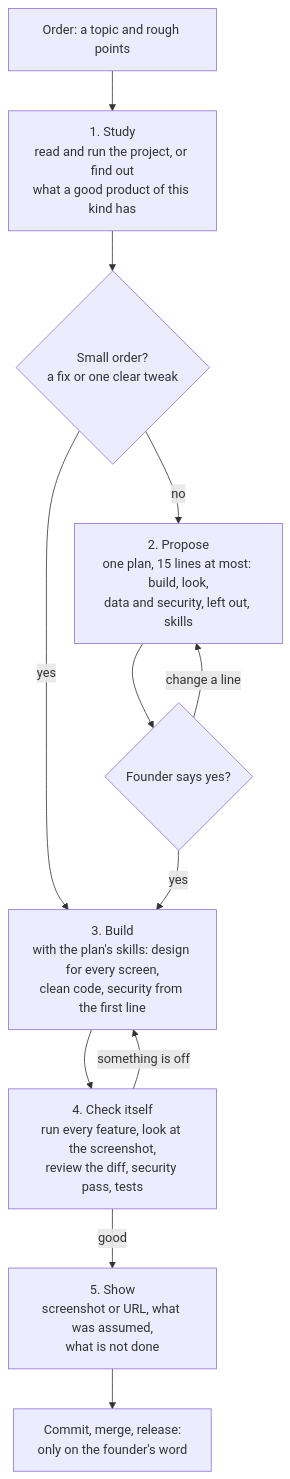
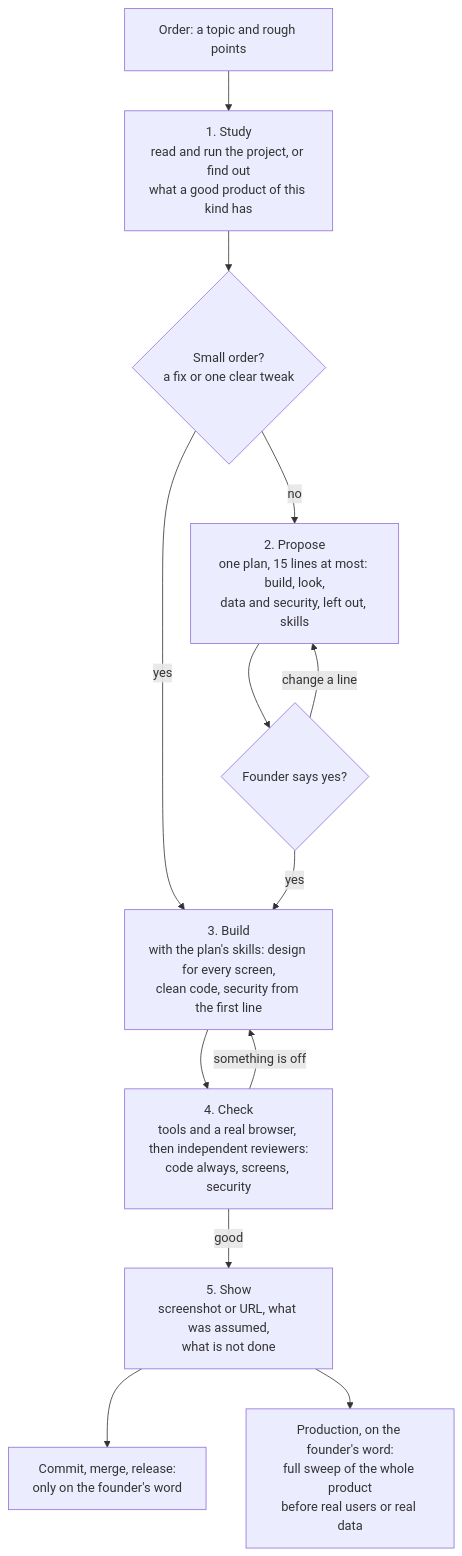
One commit to LeongJinZhou/ai-company changed the second of 3 diagrams in README.md. Above: the diagram before and after it, drawn with Mermaid. The commit also changed other lines of this file and 7 other files, not shown here.

First line of the commit message:
feat: two strong modes - independent review on every change, production sweep (#24)

````diff
--- a/README.md
+++ b/README.md
@@ -22,14 +22,15 @@
 ```mermaid
 flowchart TD
     A["Order: a topic and rough points"] --> B["1. Study<br>read and run the project, or find out<br>what a good product of this kind has"]
     B --> S{"Small order?<br>a fix or one clear tweak"}
     S -- yes --> D
     S -- no --> C["2. Propose<br>one plan, 15 lines at most: build, look,<br>data and security, left out, skills"]
     C --> Y{"Founder says yes?"}
     Y -- "change a line" --> C
     Y -- yes --> D["3. Build<br>with the plan's skills: design for every screen,<br>clean code, security from the first line"]
-    D --> E["4. Check itself<br>run every feature, look at the screenshot,<br>review the diff, security pass, tests"]
+    D --> E["4. Check<br>tools and a real browser, then independent reviewers:<br>code always, screens, security"]
     E -- "something is off" --> D
     E -- good --> G["5. Show<br>screenshot or URL, what was assumed,<br>what is not done"]
     G --> H["Commit, merge, release:<br>only on the founder's word"]
+    G --> P["Production, on the founder's word:<br>full sweep of the whole product<br>before real users or real data"]
 ```
````
